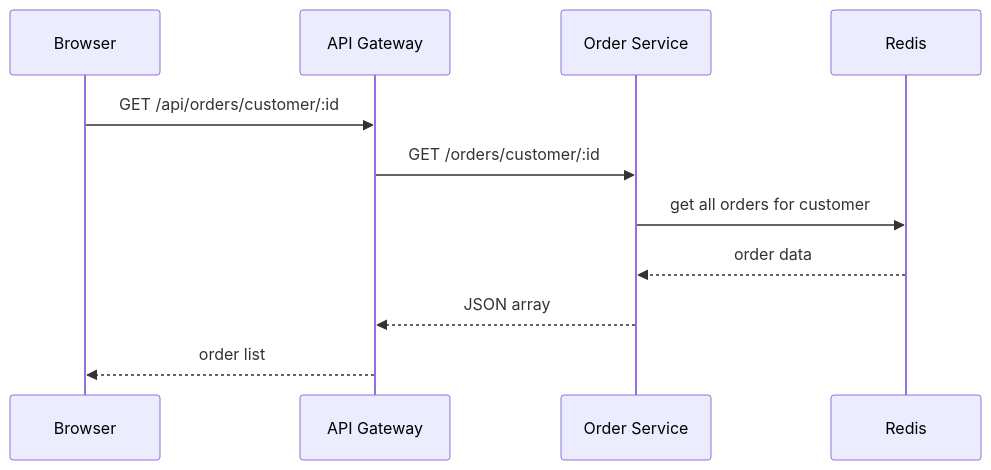
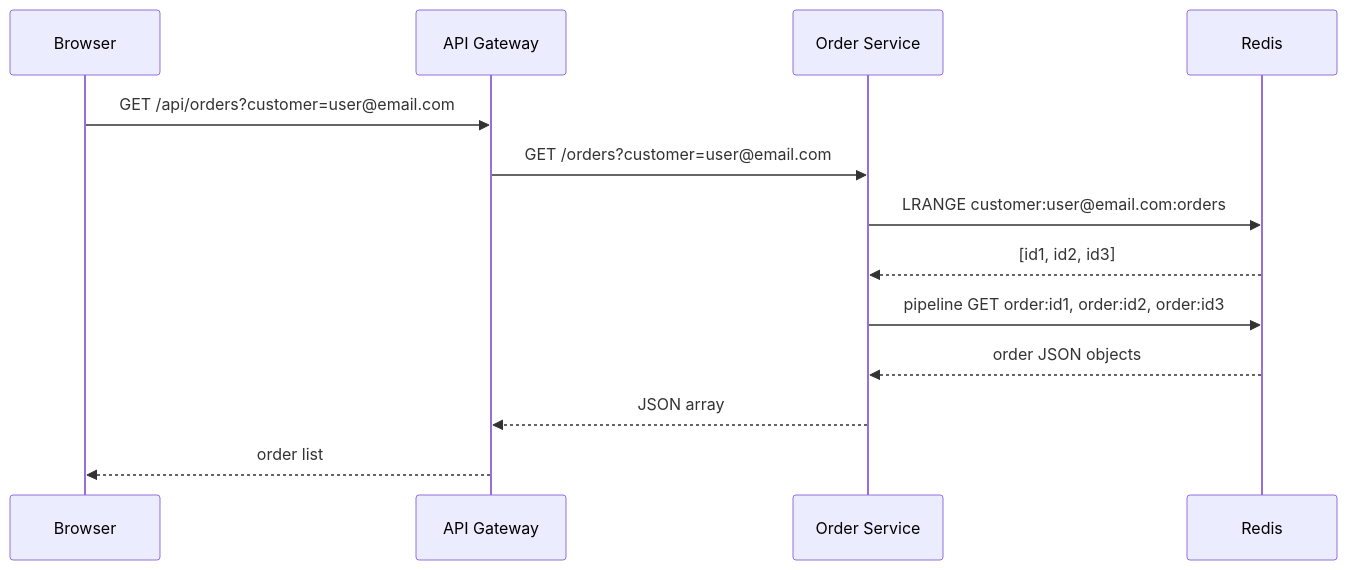
The fourth of 5 diagrams in README.md (Nidhi-S12/cloudmart-services), drawn with Mermaid before and after one commit. The commit also changed other lines of this file, not shown here.

First line of the commit message:
docs: update README with CORS, customer order index, and corrected API routes

````diff
--- a/README.md
+++ b/README.md
@@ -105,14 +105,16 @@
 ```mermaid
 sequenceDiagram
     participant B as Browser
     participant GW as API Gateway
     participant OS as Order Service
     participant R as Redis
 
-    B->>GW: GET /api/orders/customer/:id
-    GW->>OS: GET /orders/customer/:id
-    OS->>R: get all orders for customer
-    R-->>OS: order data
+    B->>GW: GET /api/orders?customer=user@email.com
+    GW->>OS: GET /orders?customer=user@email.com
+    OS->>R: LRANGE customer:user@email.com:orders
+    R-->>OS: [id1, id2, id3]
+    OS->>R: pipeline GET order:id1, order:id2, order:id3
+    R-->>OS: order JSON objects
     OS-->>GW: JSON array
     GW-->>B: order list
 ```
````
